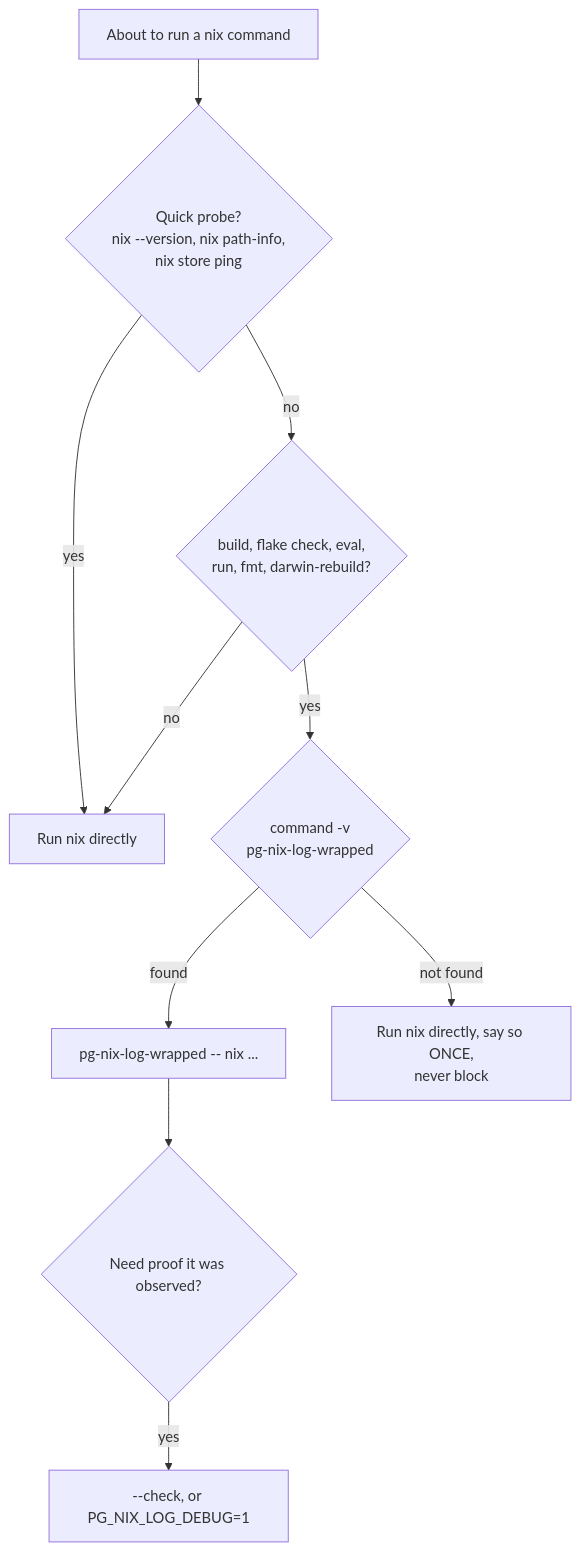
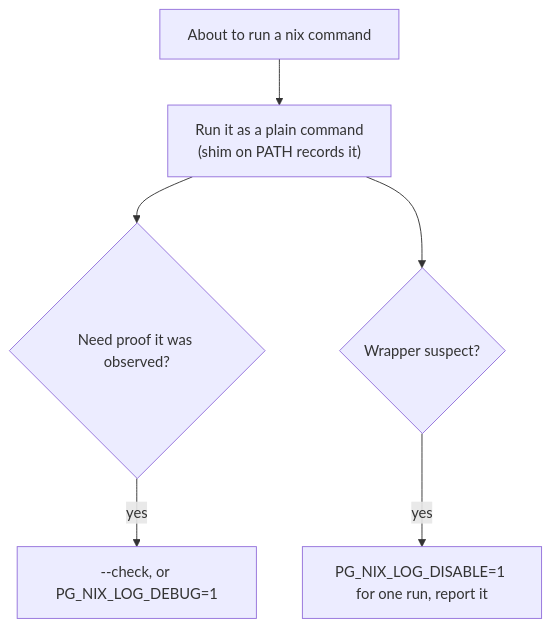
Before and after one commit to phillipgreenii/nix-repo-base: the diagram in pn-workspace-rules/skills/pg-nix-log-wrapped/SKILL.md, drawn with Mermaid. The commit also changed other lines of this file and 3 other files, not shown here.

First line of the commit message:
Retire the nix wrapper prefix guidance in favour of the PATH shim

````diff
--- a/pn-workspace-rules/skills/pg-nix-log-wrapped/SKILL.md
+++ b/pn-workspace-rules/skills/pg-nix-log-wrapped/SKILL.md
@@ -35,12 +46,8 @@
 ```mermaid
 flowchart TD
-    A["About to run a nix command"] --> B{"Quick probe?<br/>nix --version, nix path-info,<br/>nix store ping"}
-    B -->|yes| C["Run nix directly"]
-    B -->|no| D{"build, flake check, eval,<br/>run, fmt, darwin-rebuild?"}
-    D -->|no| C
-    D -->|yes| E{"command -v<br/>pg-nix-log-wrapped"}
-    E -->|found| F["pg-nix-log-wrapped -- nix ..."]
-    E -->|not found| G["Run nix directly, say so ONCE,<br/>never block"]
-    F --> H{"Need proof it was observed?"}
+    A["About to run a nix command"] --> B["Run it as a plain command<br/>(shim on PATH records it)"]
+    B --> H{"Need proof it was observed?"}
     H -->|yes| I["--check, or PG_NIX_LOG_DEBUG=1"]
+    B --> J{"Wrapper suspect?"}
+    J -->|yes| K["PG_NIX_LOG_DISABLE=1 for one run, report it"]
 ```
````
